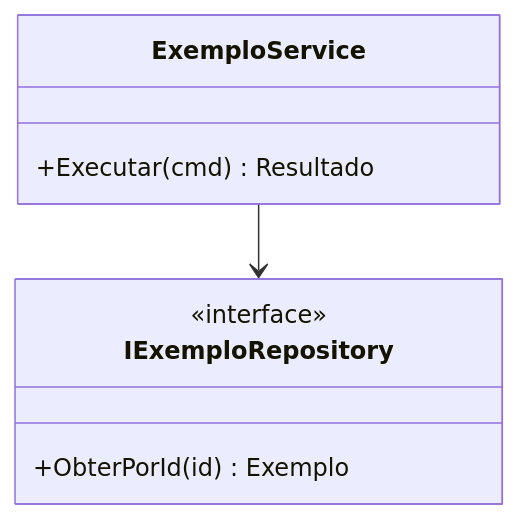
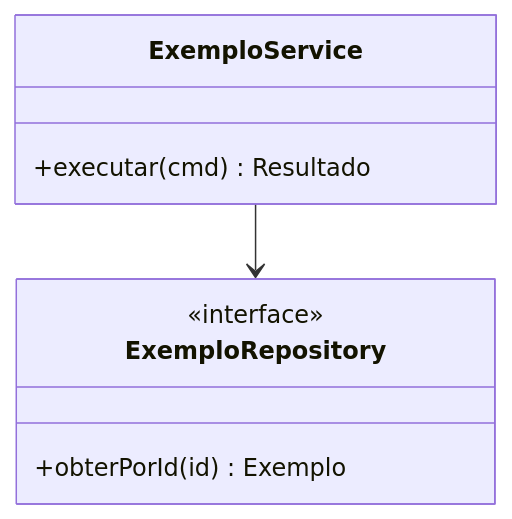
The second of 3 diagrams in .claude/skills/spec-flow/spec-template.md (ArlindoSPJr/ProjetoIA-Gestao-Wpp), drawn with Mermaid before and after one commit. The commit also changed other lines of this file and 1 other file, not shown here.

Commit message:
docs(spec-flow): roteamento superpowers/Orca por fase e skills que existem
- Etapa 3 decide a rota por fase: Orca para 3+ tarefas PARALELA + GRANDE
  sem arquivos em comum; subagent-driven-development no resto.
- Plano com ID, CA/RN, escopo, dependências, tipo, tamanho e fases.
- grilling no lugar de grill-me (que só o humano pode chamar).
- diagnosing-bugs antes da spec quando for bug; skill pr no PR.
- Sem a revisão final do SDD nem o finishing-a-development-branch:
  a review cega substitui os dois e o merge é do humano.
- Template com nomes no estilo Java.

````diff
--- a/.claude/skills/spec-flow/spec-template.md
+++ b/.claude/skills/spec-flow/spec-template.md
@@ -24,11 +24,11 @@
 ```mermaid
 classDiagram
-    class IExemploRepository {
+    class ExemploRepository {
         <<interface>>
-        +ObterPorId(id) Exemplo
+        +obterPorId(id) Exemplo
     }
     class ExemploService {
-        +Executar(cmd) Resultado
+        +executar(cmd) Resultado
     }
-    ExemploService --> IExemploRepository
+    ExemploService --> ExemploRepository
 ```
````
